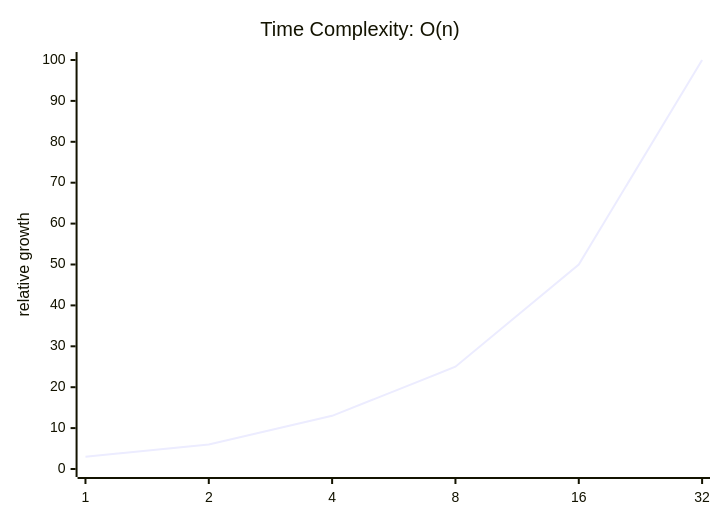
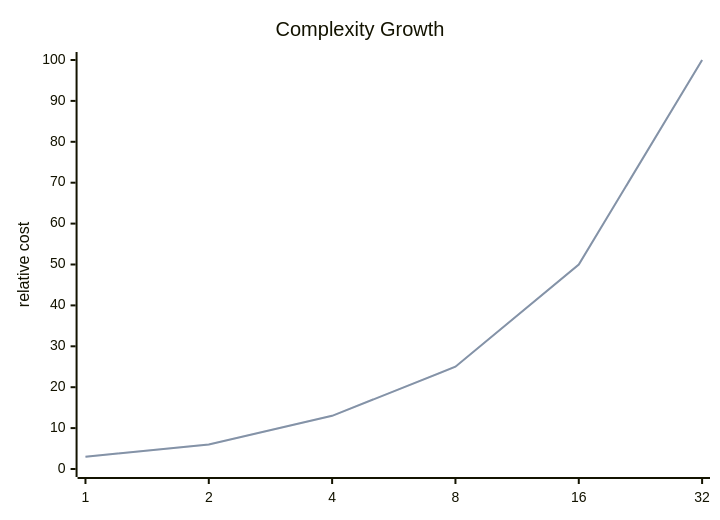
One commit to Satharva2004/DSA-Practice changed the diagram in 1-two-sum-litcode-demo/README.md. Above: the diagram before and after it, drawn with Mermaid. The commit also changed other lines of this file, not shown here.

````diff
--- a/1-two-sum-litcode-demo/README.md
+++ b/1-two-sum-litcode-demo/README.md
@@ -65,7 +46,8 @@
 ```mermaid
 xychart-beta
-    title "Time Complexity: O(n)"
+    title "Complexity Growth"
     x-axis [1, 2, 4, 8, 16, 32]
-    y-axis "relative growth" 0 --> 100
-    line [3, 6, 13, 25, 50, 100]
+    y-axis "relative cost" 0 --> 100
+    line "time O(n)" [3, 6, 13, 25, 50, 100]
+    line "space O(n)" [3, 6, 13, 25, 50, 100]
 ```
````
